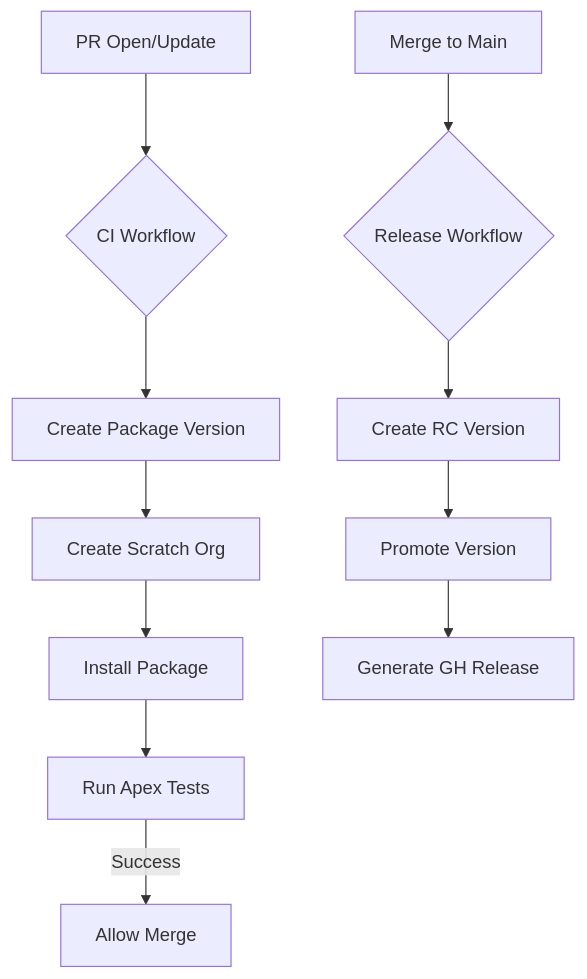
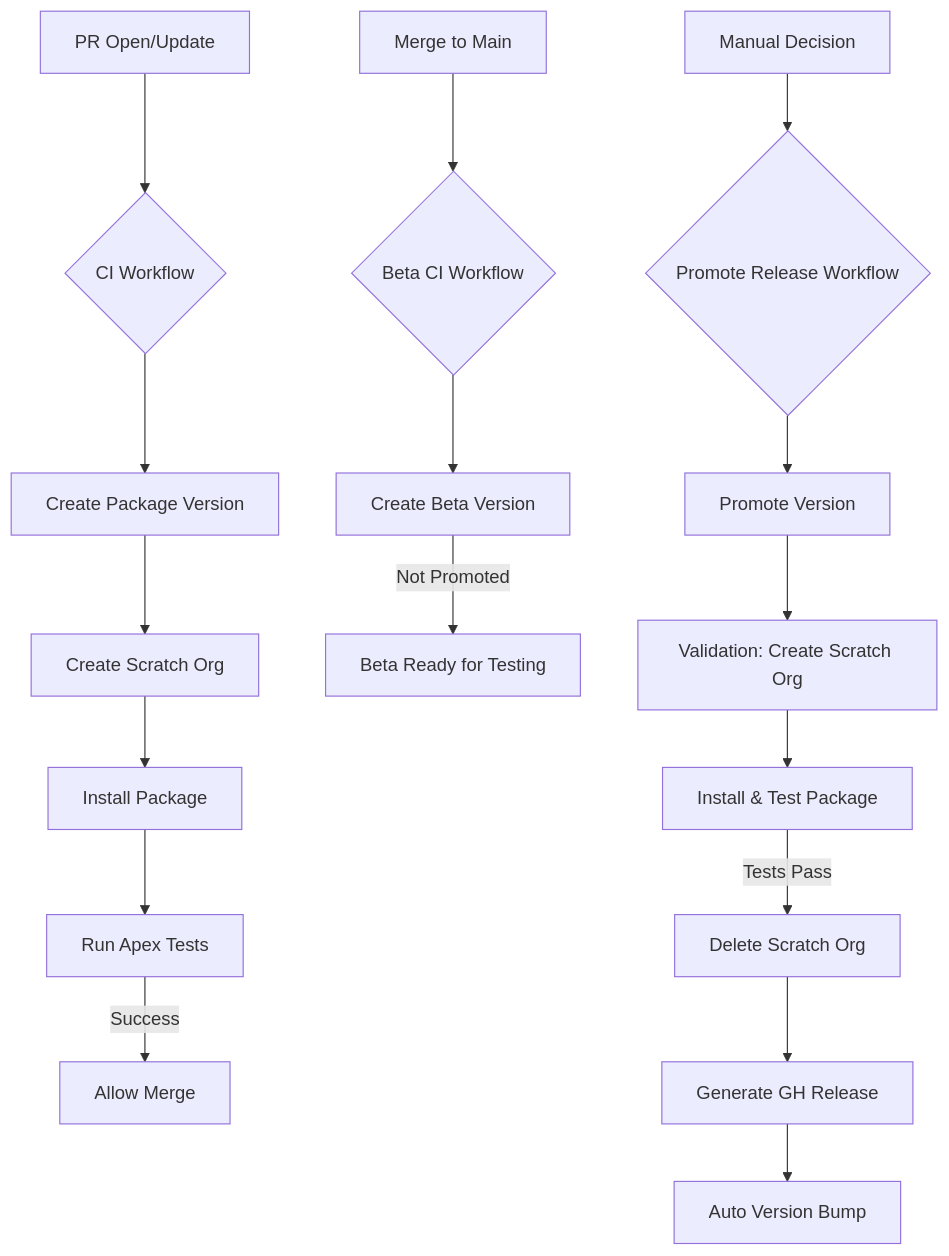
Before and after one commit to Santiago01011/integration-events-framework: the diagram in docs/CI/CD.md, drawn with Mermaid. The commit also changed other lines of this file and 5 other files, not shown here.

Commit message:
feat: Improved CI workflows for beta package creation and promotion process. Fixes bump version scripts.

````diff
--- a/docs/CI/CD.md
+++ b/docs/CI/CD.md
@@ -11,14 +11,21 @@
 ```mermaid
 graph TD
     A[PR Open/Update] --> B{CI Workflow}
     B --> C[Create Package Version]
     C --> D[Create Scratch Org]
     D --> E[Install Package]
     E --> F[Run Apex Tests]
     F -->|Success| G[Allow Merge]
 
-    H[Merge to Main] --> I{Release Workflow}
-    I --> J[Create RC Version]
-    J --> K[Promote Version]
-    K --> L[Generate GH Release]
+    H[Merge to Main] --> I{Beta CI Workflow}
+    I --> J[Create Beta Version]
+    J -->|Not Promoted| K[Beta Ready for Testing]
+
+    L[Manual Decision] --> M{Promote Release Workflow}
+    M --> N[Promote Version]
+    N --> O[Validation: Create Scratch Org]
+    O --> P[Install & Test Package]
+    P -->|Tests Pass| Q[Delete Scratch Org]
+    Q --> R[Generate GH Release]
+    R --> S[Auto Version Bump]
 ```
````
